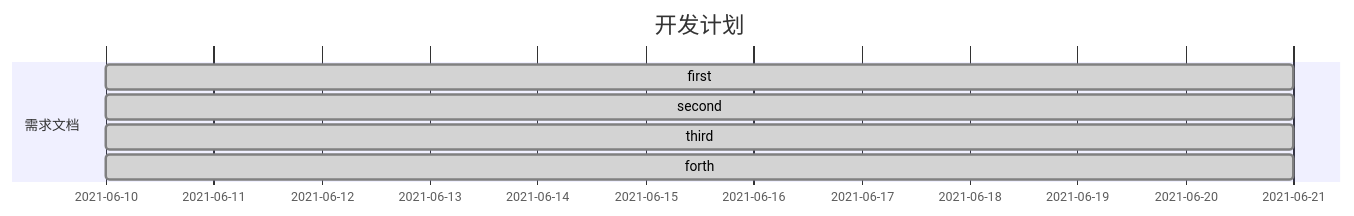
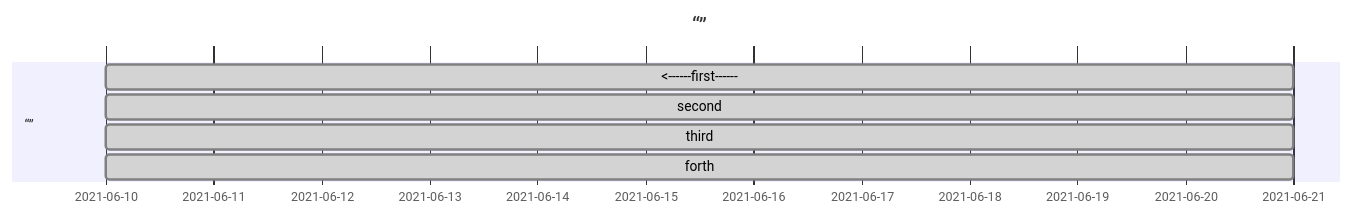
Before and after one commit to zeerre/PLC: the third of 3 diagrams in C-C++/algorithembook/AlgorithmCompetitionBeginnersClassicTrainingGuide/README.MD, drawn with Mermaid.

Commit message:
Update the master.comp branch

````diff
--- a/C-C++/algorithembook/AlgorithmCompetitionBeginnersClassicTrainingGuide/README.MD
+++ b/C-C++/algorithembook/AlgorithmCompetitionBeginnersClassicTrainingGuide/README.MD
@@ -2023,12 +2023,12 @@
 ```mermaid
 gantt
 
 dateFormat YYYY-MM-DD
-title 开发计划
+title “”
 
-section 需求文档
-    first :done,login,2021-06-10,2021-06-21
+section “”
+    <------first------ :done,login,2021-06-10,2021-06-21
 	second: done,login,2021-06-10,2021-06-21
     third :done,login,2021-06-10,2021-06-21
 	forth: done,login,2021-06-10,2021-06-21
 ```
````
